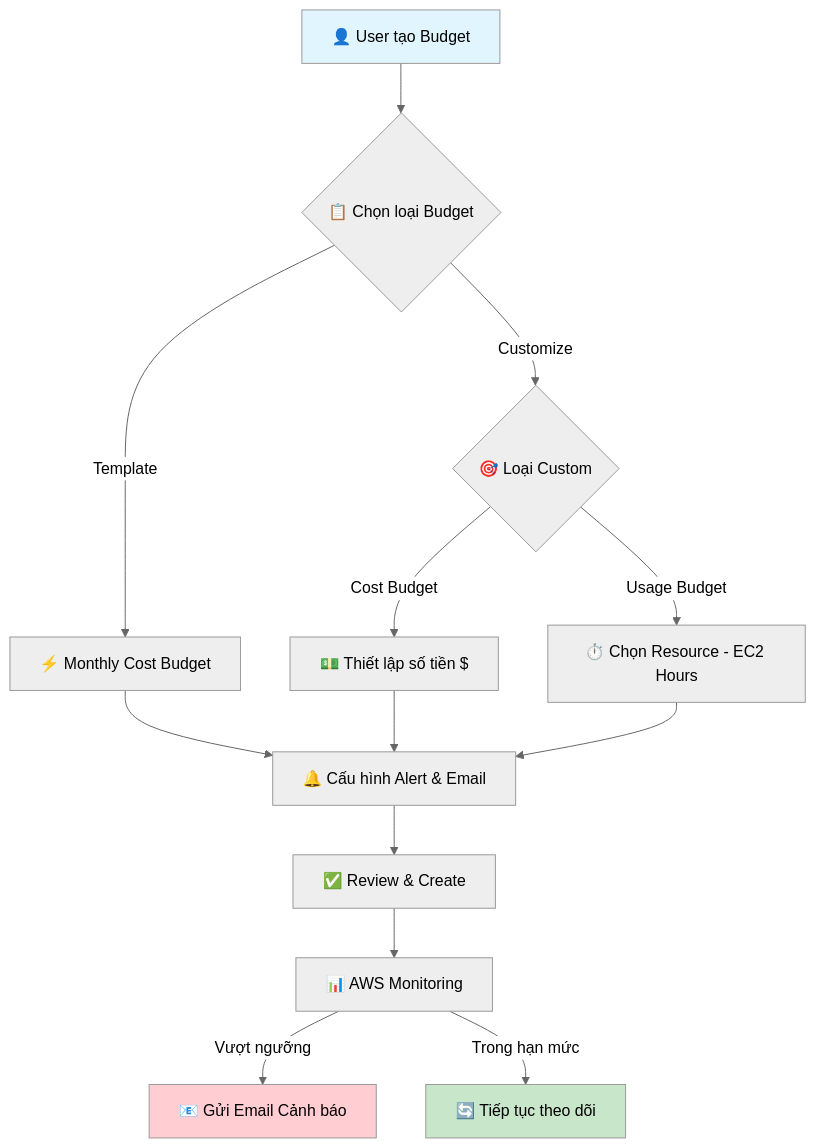
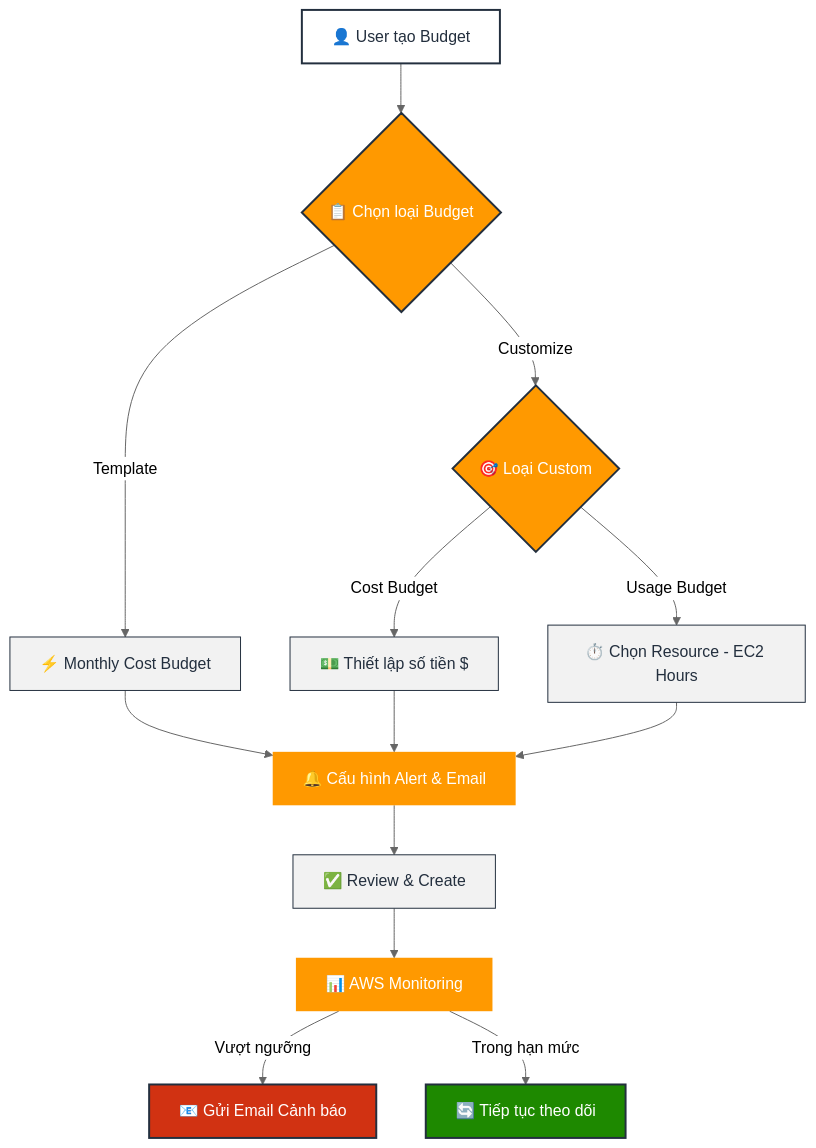
The first of 7 diagrams in The First Cloud Journey/3. Cost Management with AWS Budgets/README.md (tietvinhphu/AWS-Journey), drawn with Mermaid (neutral theme) before and after one commit. The commit also changed other lines of this file, not shown here.

Commit message:
update 10:09 PM 12/21/2025

````diff
--- a/The First Cloud Journey/3. Cost Management with AWS Budgets/README.md
+++ b/The First Cloud Journey/3. Cost Management with AWS Budgets/README.md
@@ -37,20 +37,29 @@
 ```mermaid
 flowchart TD
-    A[👤 User tạo Budget] --> B{📋 Chọn loại Budget}
-    B -->|Template| C[⚡ Monthly Cost Budget]
-    B -->|Customize| D{🎯 Loại Custom}
-    D -->|Cost Budget| E[💵 Thiết lập số tiền $]
-    D -->|Usage Budget| F[⏱️ Chọn Resource - EC2 Hours]
-    C --> G[🔔 Cấu hình Alert & Email]
+    %% Define Styles
+    classDef user fill:#fff,stroke:#232F3E,stroke-width:2px,color:#232F3E
+    classDef decision fill:#FF9900,stroke:#232F3E,stroke-width:2px,color:#fff
+    classDef action fill:#fff,stroke:#FF9900,stroke-width:2px,color:#232F3E,stroke-dasharray: 5 5
+    classDef aws fill:#FF9900,stroke:#232F3E,stroke-width:0px,color:#fff
+    classDef alert fill:#D13212,stroke:#232F3E,stroke-width:2px,color:#fff
+    classDef safe fill:#1E8900,stroke:#232F3E,stroke-width:2px,color:#fff
+    classDef process fill:#f2f2f2,stroke:#232F3E,stroke-width:1px,color:#232F3E
+
+    %% Flow
+    A[👤 User tạo Budget]:::user --> B{📋 Chọn loại Budget}:::decision
+    B -->|Template| C[⚡ Monthly Cost Budget]:::process
+    B -->|Customize| D{🎯 Loại Custom}:::decision
+    D -->|Cost Budget| E[💵 Thiết lập số tiền $]:::process
+    D -->|Usage Budget| F[⏱️ Chọn Resource - EC2 Hours]:::process
+    
+    C --> G[🔔 Cấu hình Alert & Email]:::aws
     E --> G
     F --> G
-    G --> H[✅ Review & Create]
-    H --> I[📊 AWS Monitoring]
-    I -->|Vượt ngưỡng| J[📧 Gửi Email Cảnh báo]
-    I -->|Trong hạn mức| K[🔄 Tiếp tục theo dõi]
-
-    style A fill:#e1f5fe
-    style J fill:#ffcdd2
-    style K fill:#c8e6c9
+    
+    G --> H[✅ Review & Create]:::process
+    H --> I[📊 AWS Monitoring]:::aws
+    
+    I -->|Vượt ngưỡng| J[📧 Gửi Email Cảnh báo]:::alert
+    I -->|Trong hạn mức| K[🔄 Tiếp tục theo dõi]:::safe
 
 ```
````
